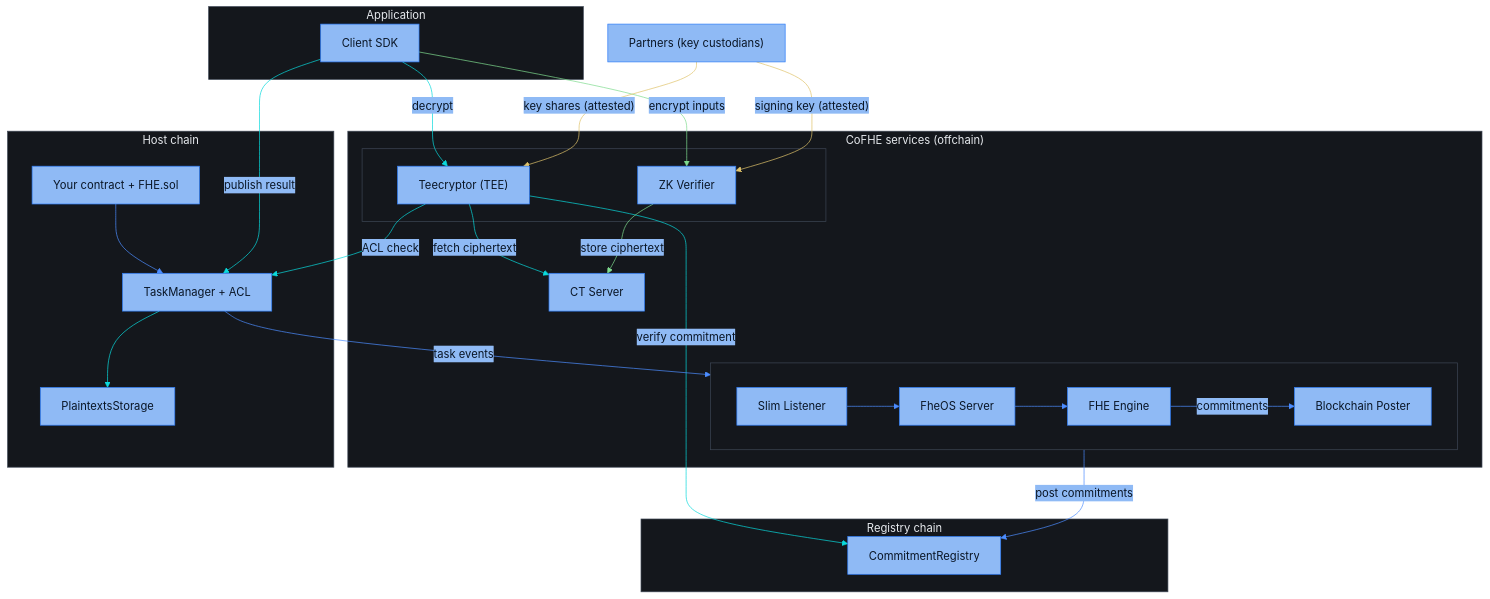
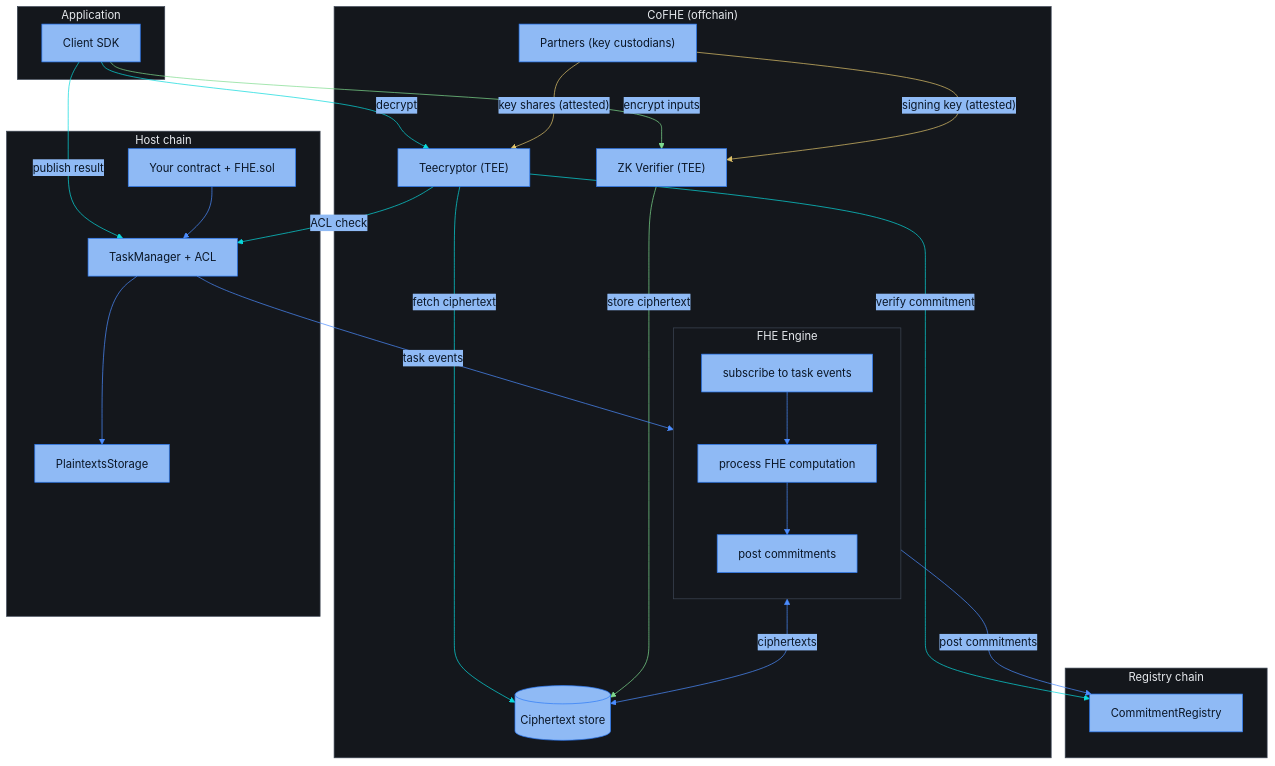
Before and after one commit to FhenixProtocol/fhenix-developer-docs: the diagram in deep-dive/cofhe-components/overview.mdx, drawn with Mermaid. The commit also changed other lines of this file, not shown here.

Commit message:
[DOCS] cofhe-components/overview: big-blocks architecture diagram, FHE Engine as one component

````diff
--- a/deep-dive/cofhe-components/overview.mdx
+++ b/deep-dive/cofhe-components/overview.mdx
@@ -8,49 +8,47 @@
 ```mermaid
 %%{init: {"theme": "base", "themeVariables": {"fontFamily": "Menlo, Monaco, Consolas, monospace", "fontSize": "16px", "primaryColor": "#8FBAF5", "primaryBorderColor": "#2E7CF6", "primaryTextColor": "#0A1626", "lineColor": "#4C8DFF", "signalColor": "#4C8DFF", "signalTextColor": "#8FA3BF", "actorBkg": "#8FBAF5", "actorBorder": "#2E7CF6", "actorTextColor": "#0A1626", "actorLineColor": "#3D4654", "noteBkgColor": "#14171C", "noteBorderColor": "#3D4654", "noteTextColor": "#AFC3DE", "activationBkgColor": "#1E3A5F", "activationBorderColor": "#4C8DFF", "clusterBkg": "#14171C", "clusterBorder": "#3D4654", "titleColor": "#E7EAEE", "edgeLabelBackground": "#8FBAF5", "textColor": "#AFC3DE", "labelTextColor": "#E7EAEE", "tertiaryColor": "#14171C", "loopTextColor": "#AFC3DE", "labelBoxBkgColor": "#1E3A5F", "labelBoxBorderColor": "#4C8DFF"}, "sequence": {"actorFontFamily": "Menlo, Monaco, Consolas, monospace", "messageFontFamily": "Menlo, Monaco, Consolas, monospace", "noteFontFamily": "Menlo, Monaco, Consolas, monospace", "width": 220, "actorFontSize": 16, "messageFontSize": 16, "noteFontSize": 15}}}%%
 flowchart TB
-    PRT["Partners (key custodians)"]
-
     subgraph App["Application"]
         SDK["Client SDK"]
     end
 
-    subgraph CoFHE["CoFHE services (offchain)"]
-        subgraph TEES[" "]
-            TEE["Teecryptor (TEE)"]
-            ZK["ZK Verifier"]
-        end
-        CTS["CT Server"]
-        subgraph K8S[" "]
-            direction LR
-            SL["Slim Listener"] --> FheOS["FheOS Server"] --> Engine["FHE Engine"] -- "commitments" --> BP["Blockchain Poster"]
+    subgraph CoFHE["CoFHE (offchain)"]
+        TEE["Teecryptor (TEE)"]
+        ZK["ZK Verifier (TEE)"]
+        PRT["Partners (key custodians)"]
+        CTS[("Ciphertext store")]
+        subgraph ENG["FHE Engine"]
+            direction TB
+            L["subscribe to task events"] --> X["process FHE computation"] --> P["post commitments"]
         end
     end
 
     subgraph Host["Host chain"]
         FHEC["Your contract + FHE.sol"]
         TM["TaskManager + ACL"]
         PS["PlaintextsStorage"]
     end
 
     subgraph Registry["Registry chain"]
         CR["CommitmentRegistry"]
     end
 
+    SDK -- "encrypt inputs" --> ZK
     SDK -- "decrypt" --> TEE
+    SDK -- "publish result" --> TM
+    FHEC --> TM
+    TM --> PS
     TEE -- "ACL check" --> TM
     TEE -- "fetch ciphertext" --> CTS
     TEE -- "verify commitment" --> CR
-    SDK -- "encrypt inputs" --> ZK
     ZK -- "store ciphertext" --> CTS
-    FHEC --> TM
-    TM -- "task events" --> K8S
-    K8S -- "post commitments" --> CR
-    SDK -- "publish result" --> TM
-    TM --> PS
+    ENG <-- "ciphertexts" --> CTS
+    TM -- "task events" --> ENG
+    ENG -- "post commitments" --> CR
     PRT -- "key shares (attested)" --> TEE
     PRT -- "signing key (attested)" --> ZK
 
-    linkStyle 7,8 stroke:#7FDB8F
-    linkStyle 3,4,5,6,12,13 stroke:#0AD9DC
+    linkStyle 2,10 stroke:#7FDB8F
+    linkStyle 3,4,7,8,9 stroke:#0AD9DC
     linkStyle 14,15 stroke:#E0C36A
 ```
````
